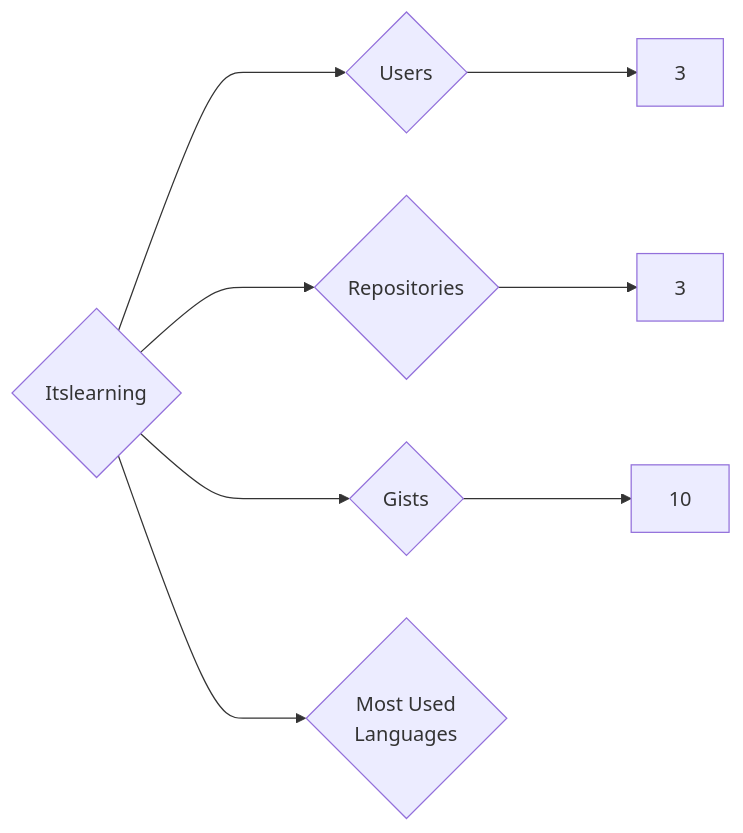
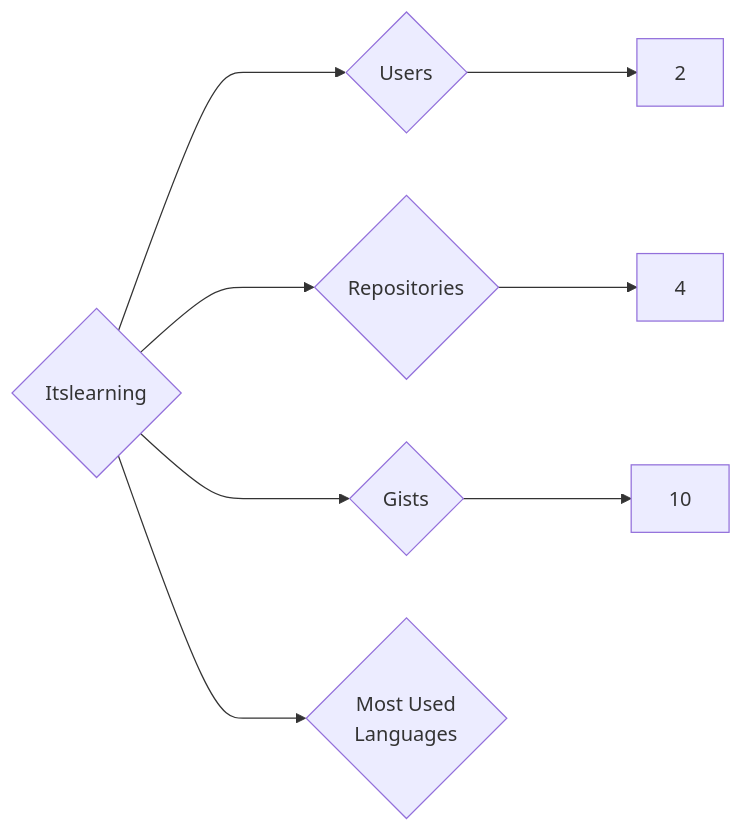
Before and after one commit to trickest/insiders: the diagram in targets/Itslearning/README.md, drawn with Mermaid. The commit also changed 1020 other files, not shown here.

````diff
--- a/targets/Itslearning/README.md
+++ b/targets/Itslearning/README.md
@@ -3,8 +3,8 @@
 ```mermaid
 graph LR
 COMPANY_NAME{Itslearning}
-COMPANY_NAME ---> U{Users} ---> UN[3]
-COMPANY_NAME ---> R{Repositories} ---> RN[3]
+COMPANY_NAME ---> U{Users} ---> UN[2]
+COMPANY_NAME ---> R{Repositories} ---> RN[4]
 COMPANY_NAME ---> G{Gists} ---> GN[10]
 COMPANY_NAME ---> ML{Most Used<br>Languages}
 ```
````
